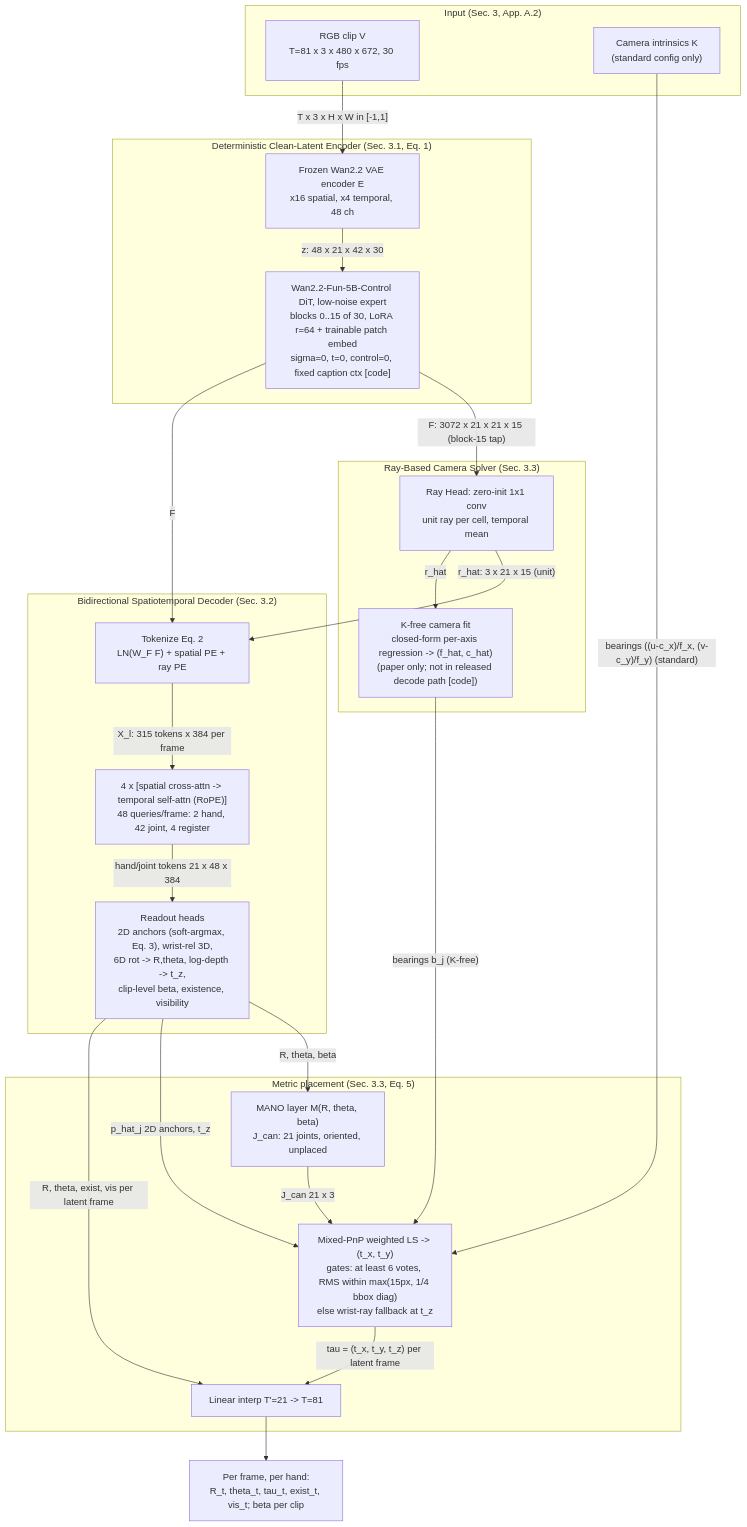
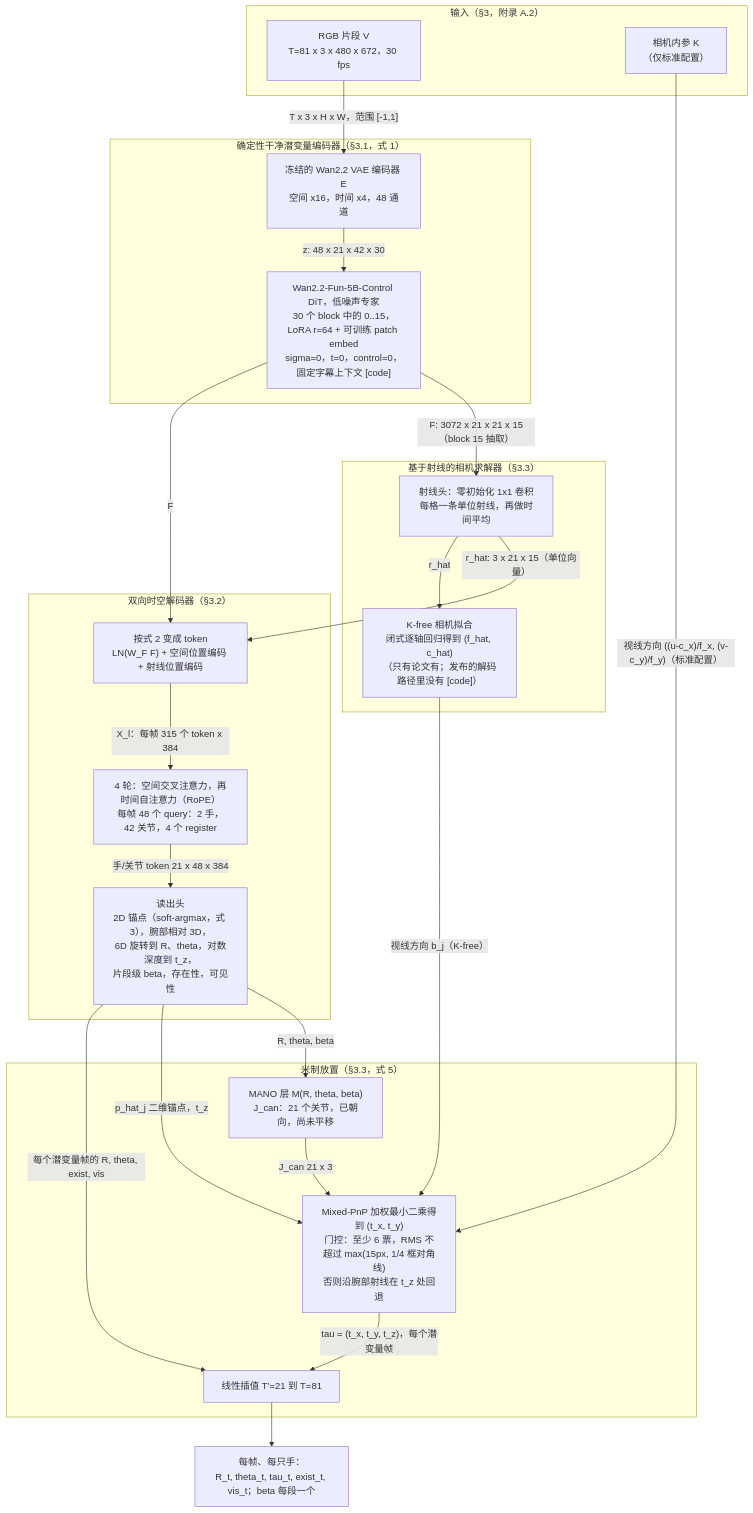
The first of 6 diagrams in repro/2608.20308/method-flowchart.md (Ziyang-Li-AILab/liziyang_projects), drawn with Mermaid before and after one commit. The commit also changed other lines of this file and 30 other files, not shown here.

````diff
--- a/repro/2608.20308/method-flowchart.md
+++ b/repro/2608.20308/method-flowchart.md
@@ -11,48 +11,48 @@
 ```mermaid
 flowchart TB
-    subgraph Input["Input (Sec. 3, App. A.2)"]
-        V["RGB clip V<br/>T=81 x 3 x 480 x 672, 30 fps"]
-        K["Camera intrinsics K<br/>(standard config only)"]
+    subgraph Input["输入（§3，附录 A.2）"]
+        V["RGB 片段 V<br/>T=81 x 3 x 480 x 672，30 fps"]
+        K["相机内参 K<br/>（仅标准配置）"]
     end
 
-    subgraph Enc["Deterministic Clean-Latent Encoder (Sec. 3.1, Eq. 1)"]
-        VAE["Frozen Wan2.2 VAE encoder E<br/>x16 spatial, x4 temporal, 48 ch"]
-        DIT["Wan2.2-Fun-5B-Control DiT, low-noise expert<br/>blocks 0..15 of 30, LoRA r=64 + trainable patch embed<br/>sigma=0, t=0, control=0, fixed caption ctx [code]"]
+    subgraph Enc["确定性干净潜变量编码器（§3.1，式 1）"]
+        VAE["冻结的 Wan2.2 VAE 编码器 E<br/>空间 x16，时间 x4，48 通道"]
+        DIT["Wan2.2-Fun-5B-Control DiT，低噪声专家<br/>30 个 block 中的 0..15，LoRA r=64 + 可训练 patch embed<br/>sigma=0，t=0，control=0，固定字幕上下文 [code]"]
     end
 
-    subgraph Cam["Ray-Based Camera Solver (Sec. 3.3)"]
-        RAY["Ray Head: zero-init 1x1 conv<br/>unit ray per cell, temporal mean"]
-        FIT["K-free camera fit<br/>closed-form per-axis regression -> (f_hat, c_hat)<br/>(paper only; not in released decode path [code])"]
+    subgraph Cam["基于射线的相机求解器（§3.3）"]
+        RAY["射线头：零初始化 1x1 卷积<br/>每格一条单位射线，再做时间平均"]
+        FIT["K-free 相机拟合<br/>闭式逐轴回归得到 (f_hat, c_hat)<br/>（只有论文有；发布的解码路径里没有 [code]）"]
     end
 
-    subgraph Dec["Bidirectional Spatiotemporal Decoder (Sec. 3.2)"]
-        TOK["Tokenize Eq. 2<br/>LN(W_F F) + spatial PE + ray PE"]
-        ALT["4 x [spatial cross-attn -> temporal self-attn (RoPE)]<br/>48 queries/frame: 2 hand, 42 joint, 4 register"]
-        HEADS["Readout heads<br/>2D anchors (soft-argmax, Eq. 3), wrist-rel 3D,<br/>6D rot -> R,theta, log-depth -> t_z,<br/>clip-level beta, existence, visibility"]
+    subgraph Dec["双向时空解码器（§3.2）"]
+        TOK["按式 2 变成 token<br/>LN(W_F F) + 空间位置编码 + 射线位置编码"]
+        ALT["4 轮：空间交叉注意力，再时间自注意力（RoPE）<br/>每帧 48 个 query：2 手，42 关节，4 个 register"]
+        HEADS["读出头<br/>2D 锚点（soft-argmax，式 3），腕部相对 3D，<br/>6D 旋转到 R、theta，对数深度到 t_z，<br/>片段级 beta，存在性，可见性"]
     end
 
-    subgraph Place["Metric placement (Sec. 3.3, Eq. 5)"]
-        MANO["MANO layer M(R, theta, beta)<br/>J_can: 21 joints, oriented, unplaced"]
-        PNP["Mixed-PnP weighted LS -> (t_x, t_y)<br/>gates: at least 6 votes, RMS within max(15px, 1/4 bbox diag)<br/>else wrist-ray fallback at t_z"]
-        UP["Linear interp T'=21 -> T=81"]
+    subgraph Place["米制放置（§3.3，式 5）"]
+        MANO["MANO 层 M(R, theta, beta)<br/>J_can：21 个关节，已朝向，尚未平移"]
+        PNP["Mixed-PnP 加权最小二乘得到 (t_x, t_y)<br/>门控：至少 6 票，RMS 不超过 max(15px, 1/4 框对角线)<br/>否则沿腕部射线在 t_z 处回退"]
+        UP["线性插值 T'=21 到 T=81"]
     end
 
-    OUT["Per frame, per hand:<br/>R_t, theta_t, tau_t, exist_t, vis_t; beta per clip"]
+    OUT["每帧、每只手：<br/>R_t, theta_t, tau_t, exist_t, vis_t；beta 每段一个"]
 
-    V -->|"T x 3 x H x W in [-1,1]"| VAE
+    V -->|"T x 3 x H x W，范围 [-1,1]"| VAE
     VAE -->|"z: 48 x 21 x 42 x 30"| DIT
-    DIT -->|"F: 3072 x 21 x 21 x 15 (block-15 tap)"| RAY
+    DIT -->|"F: 3072 x 21 x 21 x 15（block 15 抽取）"| RAY
     DIT -->|"F"| TOK
-    RAY -->|"r_hat: 3 x 21 x 15 (unit)"| TOK
+    RAY -->|"r_hat: 3 x 21 x 15（单位向量）"| TOK
     RAY -->|"r_hat"| FIT
-    FIT -->|"bearings b_j (K-free)"| PNP
-    K -->|"bearings ((u-c_x)/f_x, (v-c_y)/f_y) (standard)"| PNP
-    TOK -->|"X_l: 315 tokens x 384 per frame"| ALT
-    ALT -->|"hand/joint tokens 21 x 48 x 384"| HEADS
+    FIT -->|"视线方向 b_j（K-free）"| PNP
+    K -->|"视线方向 ((u-c_x)/f_x, (v-c_y)/f_y)（标准配置）"| PNP
+    TOK -->|"X_l：每帧 315 个 token x 384"| ALT
+    ALT -->|"手/关节 token 21 x 48 x 384"| HEADS
     HEADS -->|"R, theta, beta"| MANO
-    HEADS -->|"p_hat_j 2D anchors, t_z"| PNP
+    HEADS -->|"p_hat_j 二维锚点，t_z"| PNP
     MANO -->|"J_can 21 x 3"| PNP
-    PNP -->|"tau = (t_x, t_y, t_z) per latent frame"| UP
-    HEADS -->|"R, theta, exist, vis per latent frame"| UP
+    PNP -->|"tau = (t_x, t_y, t_z)，每个潜变量帧"| UP
+    HEADS -->|"每个潜变量帧的 R, theta, exist, vis"| UP
     UP --> OUT
 ```
````
